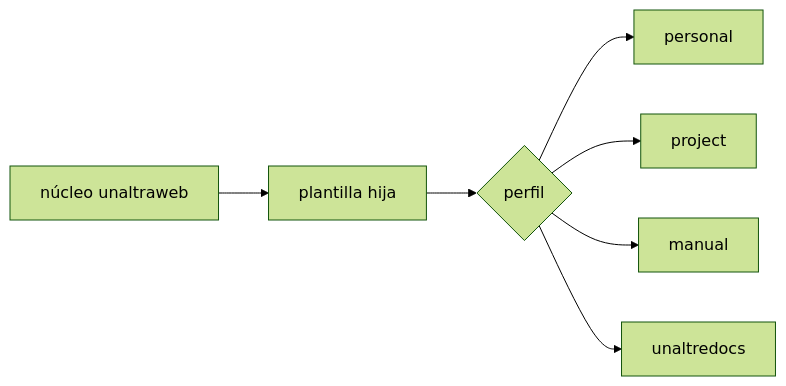
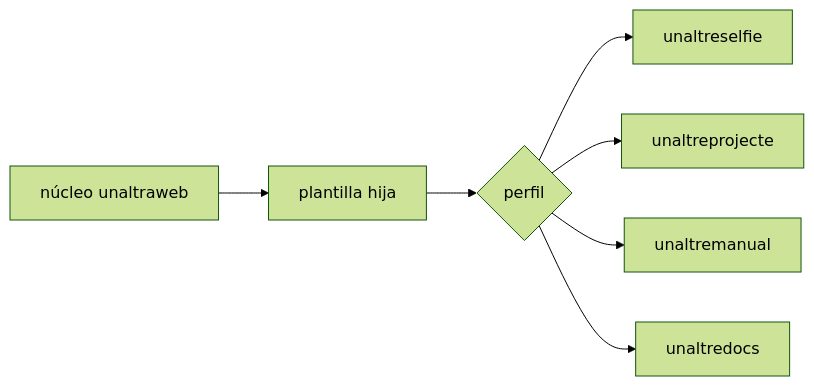
One commit to dosquartsdedocs/unaltraweb-template changed the diagram in _documentation/es/18-ejemplos-tecnicos.md. Above: the diagram before and after it, drawn with Mermaid (forest theme). The commit also changed other lines of this file and 184 other files, not shown here.

Commit message:
Exercise profile layouts and diagram support

````diff
--- a/_documentation/es/18-ejemplos-tecnicos.md
+++ b/_documentation/es/18-ejemplos-tecnicos.md
@@ -17,9 +17,9 @@
 ```mermaid
 flowchart LR
   core[núcleo unaltraweb] --> template[plantilla hija]
   template --> profiles{perfil}
-  profiles --> personal[personal]
-  profiles --> project[project]
-  profiles --> manual[manual]
+  profiles --> unaltreselfie[unaltreselfie]
+  profiles --> unaltreprojecte[unaltreprojecte]
+  profiles --> unaltremanual[unaltremanual]
   profiles --> unaltredocs[unaltredocs]
 ```
````
